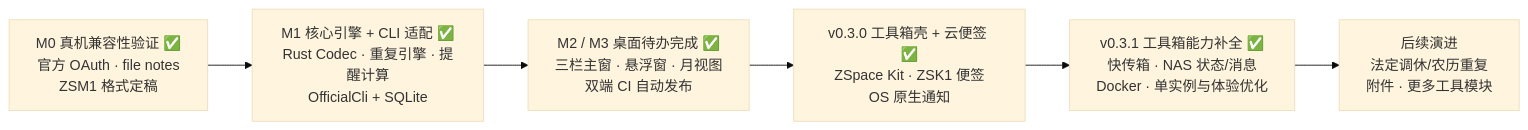
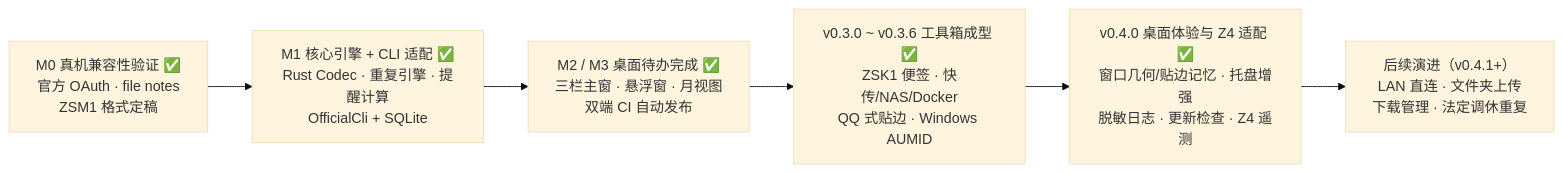
Before and after one commit to garyhj/ZSpaceMemo: the second of 2 diagrams in docs/DESIGN.md, drawn with Mermaid (base theme). The commit also changed other lines of this file and 16 other files, not shown here.

````diff
--- a/docs/DESIGN.md
+++ b/docs/DESIGN.md
@@ -157,8 +159,8 @@
 ```mermaid
 flowchart LR
   M0["M0 真机兼容性验证 ✅<br/>官方 OAuth · file notes<br/>ZSM1 格式定稿"] --> M1["M1 核心引擎 + CLI 适配 ✅<br/>Rust Codec · 重复引擎 · 提醒计算<br/>OfficialCli + SQLite"]
   M1 --> M2["M2 / M3 桌面待办完成 ✅<br/>三栏主窗 · 悬浮窗 · 月视图<br/>双端 CI 自动发布"]
-  M2 --> V030["v0.3.0 工具箱壳 + 云便签 ✅<br/>ZSpace Kit · ZSK1 便签<br/>OS 原生通知"]
-  V030 --> V031["v0.3.1 工具箱能力补全 ✅<br/>快传箱 · NAS 状态/消息<br/>Docker · 单实例与体验优化"]
-  V031 --> NEXT["后续演进<br/>法定调休/农历重复<br/>附件 · 更多工具模块"]
+  M2 --> V030["v0.3.0 ~ v0.3.6 工具箱成型 ✅<br/>ZSK1 便签 · 快传/NAS/Docker<br/>QQ 式贴边 · Windows AUMID"]
+  V030 --> V040["v0.4.0 桌面体验与 Z4 适配 ✅<br/>窗口几何/贴边记忆 · 托盘增强<br/>脱敏日志 · 更新检查 · Z4 遥测"]
+  V040 --> NEXT["后续演进（v0.4.1+）<br/>LAN 直连 · 文件夹上传<br/>下载管理 · 法定调休重复"]
 ```
````
